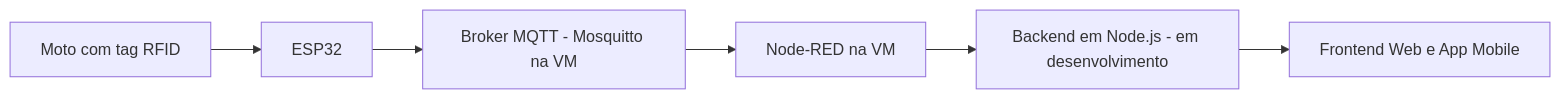
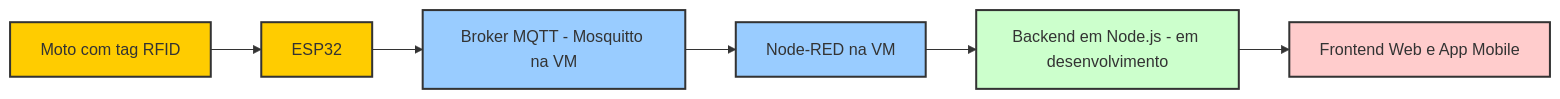
Before and after one commit to Murilo-Capristo/iot-ondetamoto: the diagram in README.md, drawn with Mermaid.

````diff
--- a/README.md
+++ b/README.md
@@ -72,8 +72,21 @@
 ```mermaid
 graph LR
     A[Moto com tag RFID] --> B[ESP32]
     B --> C[Broker MQTT - Mosquitto na VM]
     C --> D[Node-RED na VM]
     D --> E[Backend em Node.js - em desenvolvimento]
     E --> F[Frontend Web e App Mobile]
+
+    %% Definindo estilos
+    classDef device fill:#ffcc00,stroke:#333,stroke-width:2px;
+    classDef vm fill:#99ccff,stroke:#333,stroke-width:2px;
+    classDef backend fill:#ccffcc,stroke:#333,stroke-width:2px;
+    classDef frontend fill:#ffcccc,stroke:#333,stroke-width:2px;
+
+    %% Aplicando classes
+    class A,B device;
+    class C,D vm;
+    class E backend;
+    class F frontend;
+
 ```
````
